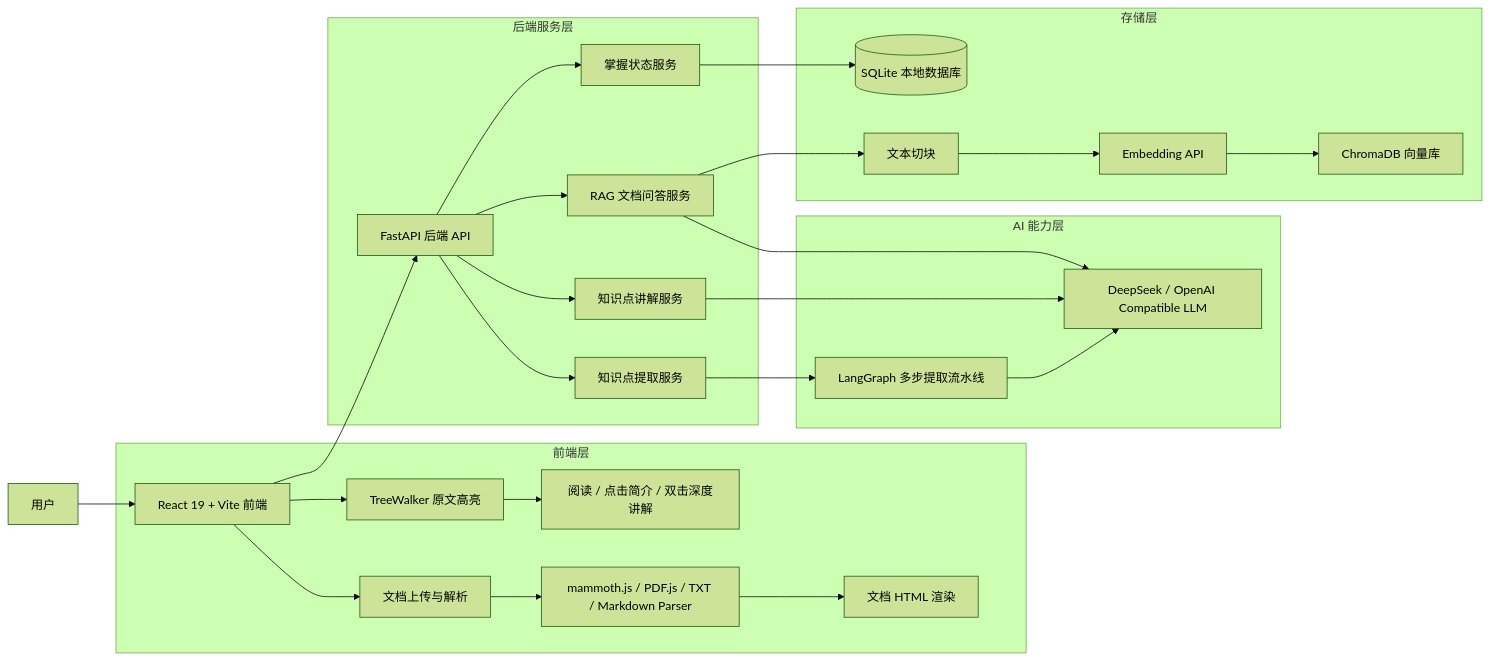
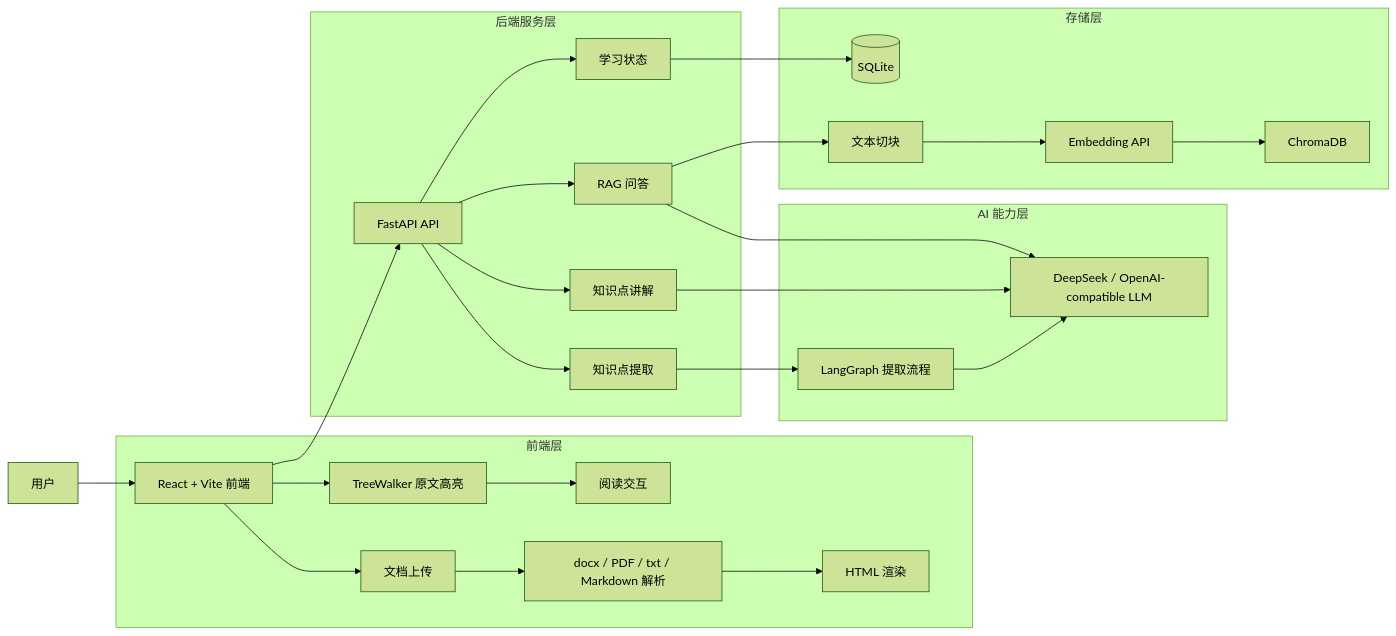
One commit to 54dongdaozhu/pagemind changed the diagram in README.md. Above: the diagram before and after it, drawn with Mermaid (forest theme). The commit also changed other lines of this file, not shown here.

````diff
--- a/README.md
+++ b/README.md
@@ -36,36 +170,36 @@
 ```mermaid
 flowchart LR
-    User[用户] --> Frontend[React 19 + Vite 前端]
+    User[用户] --> Frontend[React + Vite 前端]
 
     subgraph FE[前端层]
-        Frontend --> Upload[文档上传与解析]
-        Upload --> Parser[mammoth.js / PDF.js / TXT / Markdown Parser]
-        Parser --> HtmlRender[文档 HTML 渲染]
+        Frontend --> Upload[文档上传]
+        Upload --> Parser[docx / PDF / txt / Markdown 解析]
+        Parser --> Render[HTML 渲染]
         Frontend --> Highlight[TreeWalker 原文高亮]
-        Highlight --> Reader[阅读 / 点击简介 / 双击深度讲解]
+        Highlight --> Reader[阅读交互]
     end
 
     subgraph BE[后端服务层]
-        API[FastAPI 后端 API]
-        API --> Extract[知识点提取服务]
-        API --> Explain[知识点讲解服务]
-        API --> RAG[RAG 文档问答服务]
-        API --> Knowledge[掌握状态服务]
+        API[FastAPI API]
+        API --> Extract[知识点提取]
+        API --> Explain[知识点讲解]
+        API --> Rag[RAG 问答]
+        API --> Knowledge[学习状态]
     end
 
     subgraph AI[AI 能力层]
-        Extract --> LangGraph[LangGraph 多步提取流水线]
-        LangGraph --> LLM[DeepSeek / OpenAI Compatible LLM]
+        Extract --> LangGraph[LangGraph 提取流程]
+        LangGraph --> LLM[DeepSeek / OpenAI-compatible LLM]
         Explain --> LLM
-        RAG --> LLM
+        Rag --> LLM
     end
 
     subgraph Storage[存储层]
-        RAG --> Chunk[文本切块]
-        Chunk --> Embedding[Embedding API]
-        Embedding --> Chroma[ChromaDB 向量库]
-        Knowledge --> SQLite[(SQLite 本地数据库)]
+        Rag --> Chunks[文本切块]
+        Chunks --> Embedding[Embedding API]
+        Embedding --> Chroma[ChromaDB]
+        Knowledge --> SQLite[(SQLite)]
     end
 
     Frontend --> API
 ```
````
